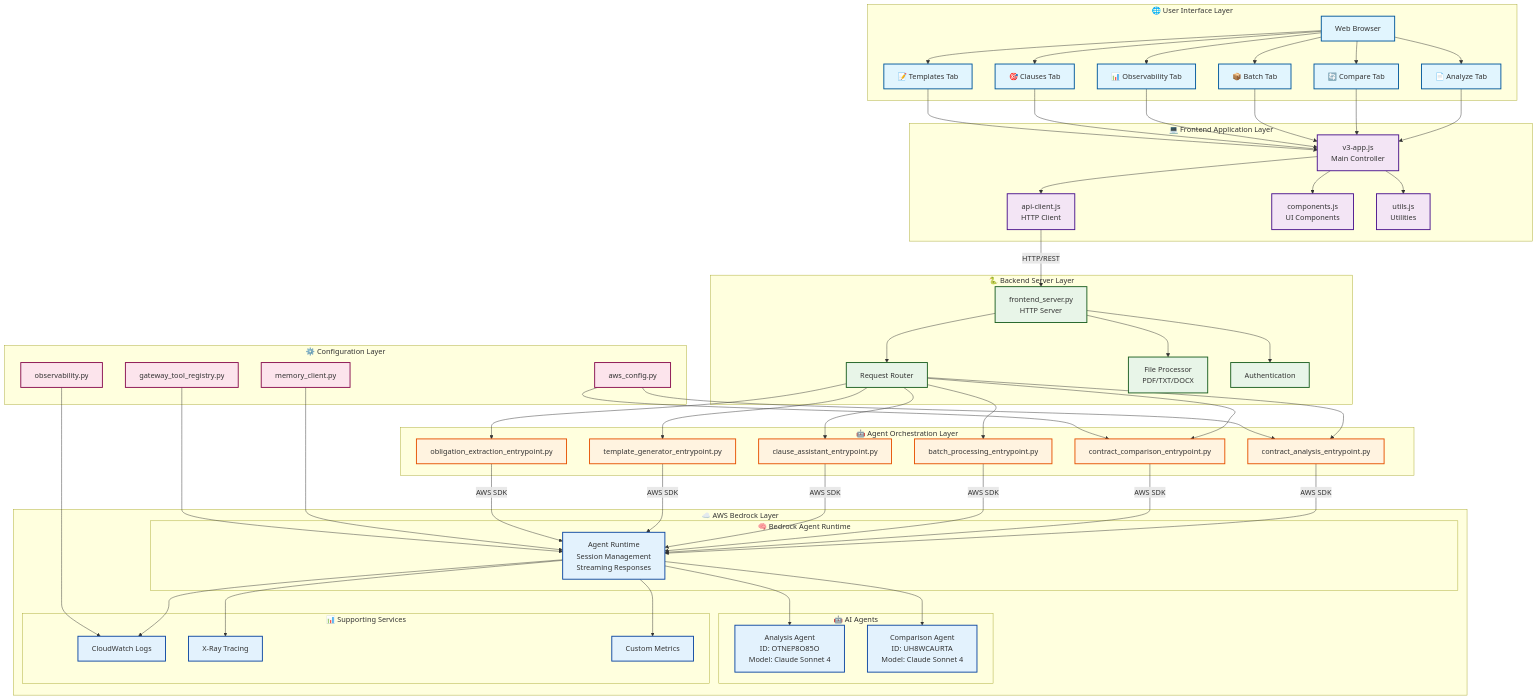
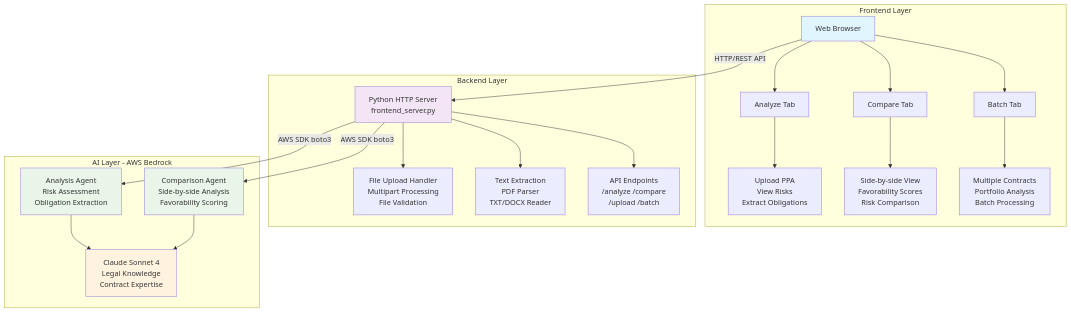
Before and after one commit to salmandjing/contract-ai: the diagram in README.md, drawn with Mermaid. The commit also changed other lines of this file, not shown here.

First line of the commit message:
Rewrite README: concise, objective, PPA-focused

````diff
--- a/README.md
+++ b/README.md
@@ -224,131 +32,42 @@
 ```mermaid
 graph TB
-    %% User Interface Layer
-    subgraph "🌐 User Interface Layer"
-        UI[Web Browser]
-        AT[📄 Analyze Tab]
-        CT[🔄 Compare Tab]
-        BT[📦 Batch Tab]
-        OT[📊 Observability Tab]
-        ClT[🎯 Clauses Tab]
-        TT[📝 Templates Tab]
+    subgraph "Frontend Layer"
+        A[Web Browser] --> B[Analyze Tab]
+        A --> C[Compare Tab]
+        A --> D[Batch Tab]
 
-        UI --> AT
-        UI --> CT
-        UI --> BT
-        UI --> OT
-        UI --> ClT
-        UI --> TT
+        B --> B1[Upload PPA<br/>View Risks<br/>Extract Obligations]
+        C --> C1[Side-by-side View<br/>Favorability Scores<br/>Risk Comparison]
+        D --> D1[Multiple Contracts<br/>Portfolio Analysis<br/>Batch Processing]
     end
 
-    %% Frontend Application Layer
-    subgraph "💻 Frontend Application Layer"
-        APP[v3-app.js<br/>Main Controller]
-        API[api-client.js<br/>HTTP Client]
-        COMP[components.js<br/>UI Components]
-        UTILS[utils.js<br/>Utilities]
+    subgraph "Backend Layer"
+        E[Python HTTP Server<br/>frontend_server.py]
+        F[File Upload Handler<br/>Multipart Processing<br/>File Validation]
+        G[Text Extraction<br/>PDF Parser<br/>TXT/DOCX Reader]
+        H[API Endpoints<br/>/analyze /compare<br/>/upload /batch]
 
-        AT --> APP
-        CT --> APP
-        BT --> APP
-        OT --> APP
-        ClT --> APP
-        TT --> APP
-
-        APP --> API
-        APP --> COMP
-        APP --> UTILS
+        E --> F
+        E --> G
+        E --> H
     end
 
-    %% Backend Server Layer
-    subgraph "🐍 Backend Server Layer"
-        SERVER[frontend_server.py<br/>HTTP Server]
-        ROUTER[Request Router]
-        FILE[File Processor<br/>PDF/TXT/DOCX]
-        AUTH[Authentication]
+    subgraph "AI Layer - AWS Bedrock"
+        I[Analysis Agent<br/>Risk Assessment<br/>Obligation Extraction]
+        J[Comparison Agent<br/>Side-by-side Analysis<br/>Favorability Scoring]
+        K[Claude Sonnet 4<br/>Legal Knowledge<br/>Contract Expertise]
 
-        API -->|HTTP/REST| SERVER
-        SERVER --> ROUTER
-        SERVER --> FILE
-        SERVER --> AUTH
+        I --> K
+        J --> K
     end
 
-    %% Agent Orchestration Layer
-    subgraph "🤖 Agent Orchestration Layer"
-        ANALYSIS[contract_analysis_entrypoint.py]
-        COMPARE[contract_comparison_entrypoint.py]
-        BATCH[batch_processing_entrypoint.py]
-        CLAUSE[clause_assistant_entrypoint.py]
-        TEMPLATE[template_generator_entrypoint.py]
-        EXTRACT[obligation_extraction_entrypoint.py]
+    A -->|HTTP/REST API| E
+    E -->|AWS SDK boto3| I
+    E -->|AWS SDK boto3| J
 
-        ROUTER --> ANALYSIS
-        ROUTER --> COMPARE
-        ROUTER --> BATCH
-        ROUTER --> CLAUSE
-        ROUTER --> TEMPLATE
-        ROUTER --> EXTRACT
-    end
-
-    %% Configuration Layer
-    subgraph "⚙️ Configuration Layer"
-        CONFIG[aws_config.py]
-        MEMORY[memory_client.py]
-        OBS[observability.py]
-        TOOLS[gateway_tool_registry.py]
-    end
-
-    %% AWS Bedrock Layer
-    subgraph "☁️ AWS Bedrock Layer"
-        subgraph "🧠 Bedrock Agent Runtime"
-            RUNTIME[Agent Runtime<br/>Session Management<br/>Streaming Responses]
-        end
-
-        subgraph "🤖 AI Agents"
-            AGENT1[Analysis Agent<br/>ID: OTNEP8O85O<br/>Model: Claude Sonnet 4]
-            AGENT2[Comparison Agent<br/>ID: UH8WCAURTA<br/>Model: Claude Sonnet 4]
-        end
-
-        subgraph "📊 Supporting Services"
-            CW[CloudWatch Logs]
-            XRAY[X-Ray Tracing]
-            METRICS[Custom Metrics]
-        end
-    end
-
-    %% Connections
-    ANALYSIS -->|AWS SDK| RUNTIME
-    COMPARE -->|AWS SDK| RUNTIME
-    BATCH -->|AWS SDK| RUNTIME
-    CLAUSE -->|AWS SDK| RUNTIME
-    TEMPLATE -->|AWS SDK| RUNTIME
-    EXTRACT -->|AWS SDK| RUNTIME
-
-    RUNTIME --> AGENT1
-    RUNTIME --> AGENT2
-
-    RUNTIME --> CW
-    RUNTIME --> XRAY
-    RUNTIME --> METRICS
-
-    CONFIG --> ANALYSIS
-    CONFIG --> COMPARE
-    MEMORY --> RUNTIME
-    OBS --> CW
-    TOOLS --> RUNTIME
-
-    %% Styling
-    classDef uiLayer fill:#e1f5fe,stroke:#01579b,stroke-width:2px
-    classDef frontendLayer fill:#f3e5f5,stroke:#4a148c,stroke-width:2px
-    classDef backendLayer fill:#e8f5e8,stroke:#1b5e20,stroke-width:2px
-    classDef agentLayer fill:#fff3e0,stroke:#e65100,stroke-width:2px
-    classDef configLayer fill:#fce4ec,stroke:#880e4f,stroke-width:2px
-    classDef awsLayer fill:#e3f2fd,stroke:#0d47a1,stroke-width:2px
-
-    class UI,AT,CT,BT,OT,ClT,TT uiLayer
-    class APP,API,COMP,UTILS frontendLayer
-    class SERVER,ROUTER,FILE,AUTH backendLayer
-    class ANALYSIS,COMPARE,BATCH,CLAUSE,TEMPLATE,EXTRACT agentLayer
-    class CONFIG,MEMORY,OBS,TOOLS configLayer
-    class RUNTIME,AGENT1,AGENT2,CW,XRAY,METRICS awsLayer
+    style A fill:#e1f5fe
+    style E fill:#f3e5f5
+    style I fill:#e8f5e8
+    style J fill:#e8f5e8
+    style K fill:#fff3e0
 ```
````
